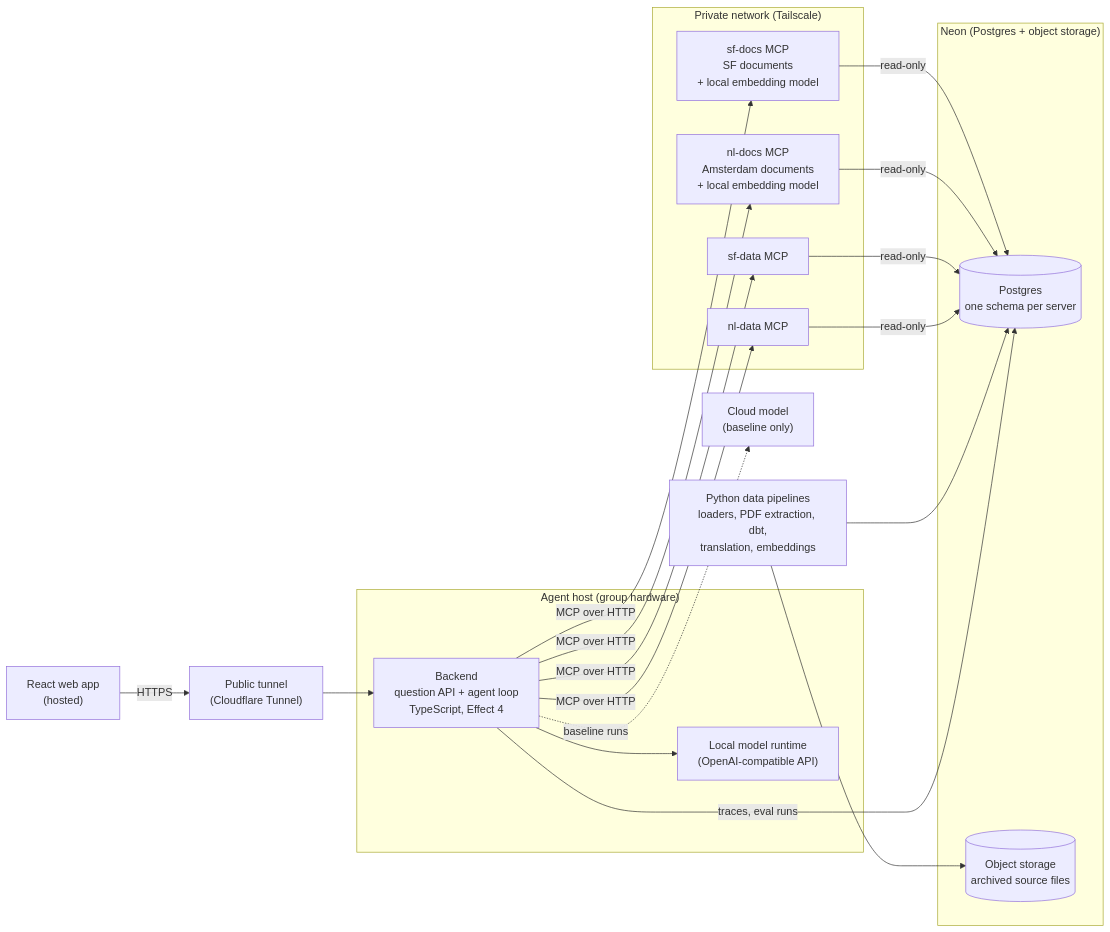
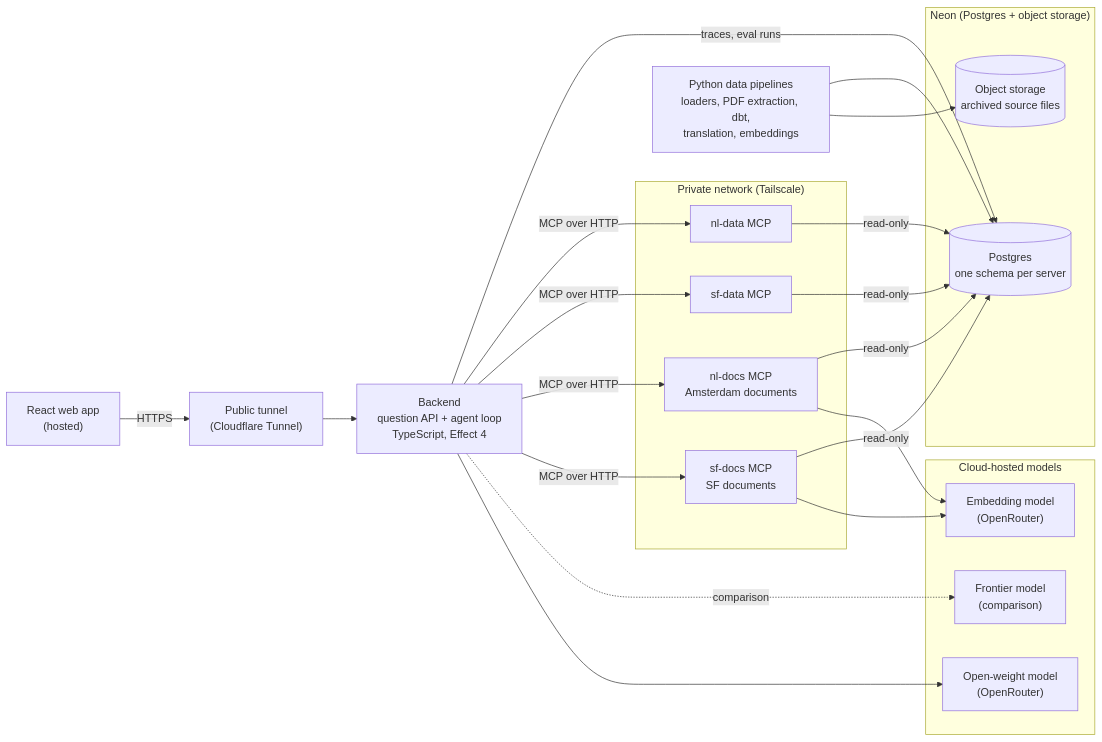
One commit to mollyegibson/policy-huis changed the diagram in docs/plans/mvp-technical-plan.md. Above: the diagram before and after it, drawn with Mermaid. The commit also changed other lines of this file and 15 other files, not shown here.

````diff
--- a/docs/plans/mvp-technical-plan.md
+++ b/docs/plans/mvp-technical-plan.md
@@ -39,35 +45,37 @@
 ```mermaid
 flowchart LR
     web["React web app<br/>(hosted)"]
     tunnel["Public tunnel<br/>(Cloudflare Tunnel)"]
 
-    subgraph host["Agent host (group hardware)"]
-        agent["Backend<br/>question API + agent loop<br/>TypeScript, Effect 4"]
-        llm["Local model runtime<br/>(OpenAI-compatible API)"]
+    agent["Backend<br/>question API + agent loop<br/>TypeScript, Effect 4"]
+
+    subgraph models["Cloud-hosted models"]
+        llm["Open-weight model<br/>(OpenRouter)"]
+        cloud["Frontier model<br/>(comparison)"]
+        emb["Embedding model<br/>(OpenRouter)"]
     end
 
-    cloud["Cloud model<br/>(baseline only)"]
-
     subgraph mesh["Private network (Tailscale)"]
-        lt_sf["sf-docs MCP<br/>SF documents<br/>+ local embedding model"]
-        lt_ams["nl-docs MCP<br/>Amsterdam documents<br/>+ local embedding model"]
+        lt_sf["sf-docs MCP<br/>SF documents"]
+        lt_ams["nl-docs MCP<br/>Amsterdam documents"]
         d_sf["sf-data MCP"]
         d_ams["nl-data MCP"]
     end
 
     subgraph neon["Neon (Postgres + object storage)"]
         pg[("Postgres<br/>one schema per server")]
         obj[("Object storage<br/>archived source files")]
     end
 
     pipe["Python data pipelines<br/>loaders, PDF extraction, dbt,<br/>translation, embeddings"]
 
     web -- HTTPS --> tunnel --> agent
     agent --> llm
-    agent -. baseline runs .-> cloud
+    agent -. comparison .-> cloud
+    lt_sf & lt_ams --> emb
     agent -- MCP over HTTP --> lt_sf & lt_ams & d_sf & d_ams
     lt_sf & lt_ams & d_sf & d_ams -- read-only --> pg
     pipe --> obj
     pipe --> pg
     agent -- traces, eval runs --> pg
 ```
````
